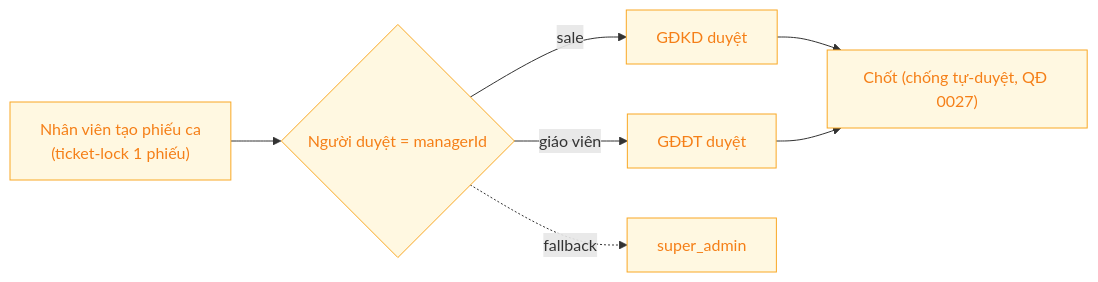
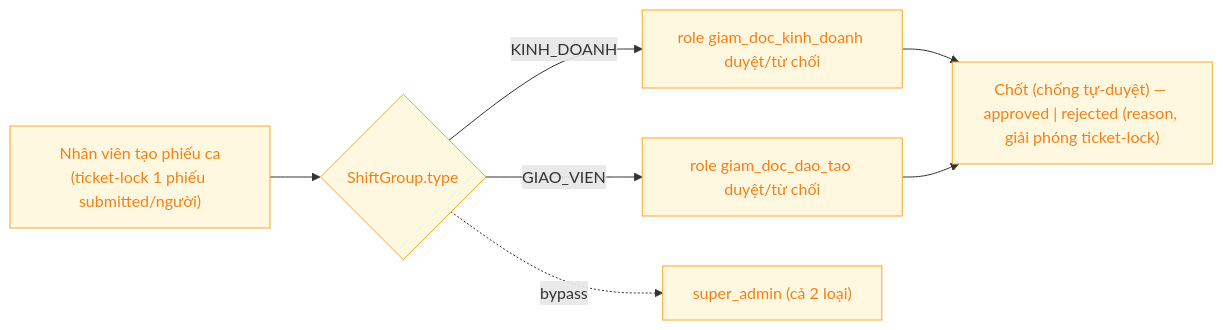
One commit to manhquydev/cmc_edu changed the third of 3 diagrams in docs/17-lien-ket-vai-tro-va-luong.md. Above: the diagram before and after it, drawn with Mermaid. The commit also changed other lines of this file and 15 other files, not shown here.

````diff
--- a/docs/17-lien-ket-vai-tro-va-luong.md
+++ b/docs/17-lien-ket-vai-tro-va-luong.md
@@ -88,10 +88,10 @@
 ```mermaid
 flowchart LR
-    A["Nhân viên tạo phiếu ca<br/>(ticket-lock 1 phiếu)"] --> B{"Người duyệt = managerId"}
-    B -->|sale| C["GĐKD duyệt"]
-    B -->|giáo viên| D["GĐĐT duyệt"]
-    B -.->|fallback| E["super_admin"]
-    C & D --> F["Chốt (chống tự-duyệt, QĐ 0027)"]
+    A["Nhân viên tạo phiếu ca<br/>(ticket-lock 1 phiếu submitted/người)"] --> B{"ShiftGroup.type"}
+    B -->|KINH_DOANH| C["role giam_doc_kinh_doanh duyệt/từ chối"]
+    B -->|GIAO_VIEN| D["role giam_doc_dao_tao duyệt/từ chối"]
+    B -.->|bypass| E["super_admin (cả 2 loại)"]
+    C & D --> F["Chốt (chống tự-duyệt) — approved | rejected (reason, giải phóng ticket-lock)"]
     classDef x fill:#FFF8E1,stroke:#F9A825,color:#F57F17;
     class A,B,C,D,E,F x;
 ```
````
